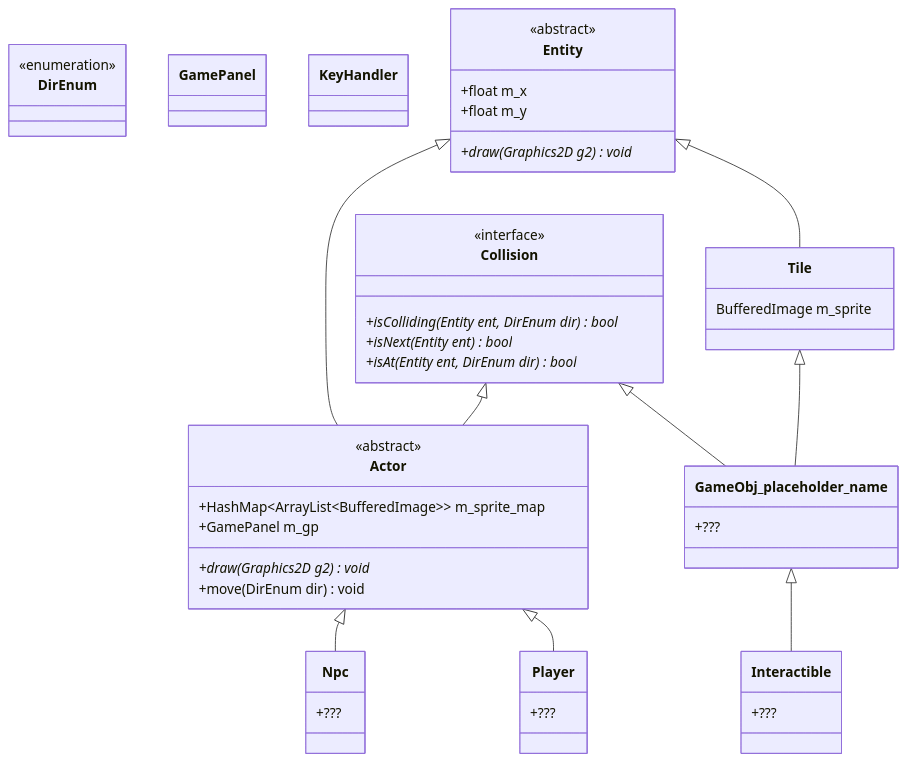
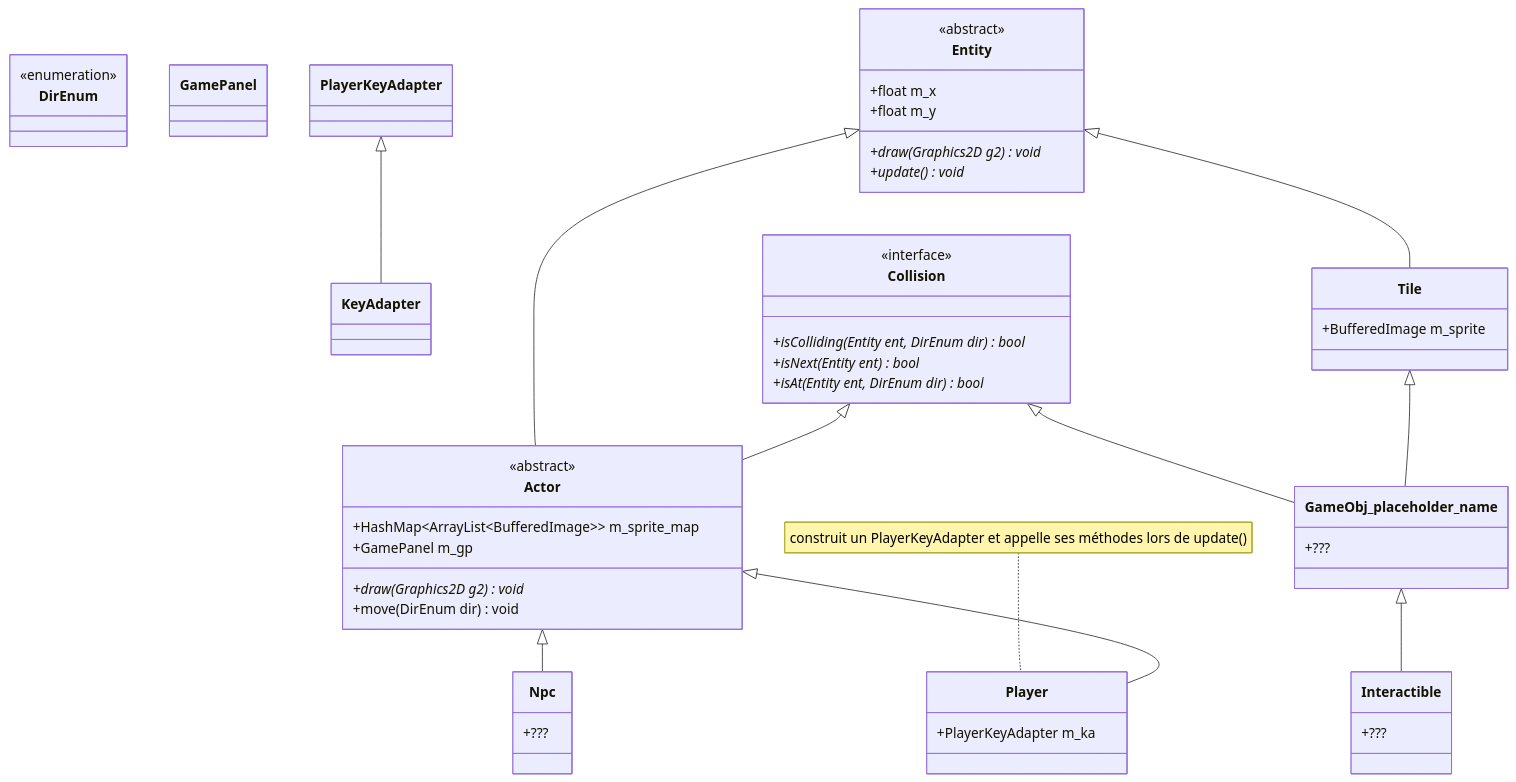
Before and after one commit to verdiur/woolshop: the diagram in README.md, drawn with Mermaid. The commit also changed other lines of this file and 9 other files, not shown here.

````diff
--- a/README.md
+++ b/README.md
@@ -5,69 +5,78 @@
 ```mermaid
 classDiagram
     
     class DirEnum {    
     }
     <<enumeration>> DirEnum
 
     class GamePanel {
     }
-    
-    class KeyHandler {
+
+    class KeyAdapter
+
+    class PlayerKeyAdapter {
+        
     }
 
     class Entity {
         +float m_x
         +float m_y
         +draw(Graphics2D g2)* void
+        +update()* void
     }
     <<abstract>> Entity
 
     class Collision {
         +isColliding(Entity ent, DirEnum dir)* bool
         +isNext(Entity ent)* bool
         +isAt(Entity ent, DirEnum dir)* bool
     }
     <<interface>> Collision
 
     class Actor {
         +HashMap~ArrayList~BufferedImage~~ m_sprite_map
         +GamePanel m_gp
         +draw(Graphics2D g2)* void
         +move(DirEnum dir) void
     }
     <<abstract>> Actor
 
     class Tile {
-        BufferedImage m_sprite
+        +BufferedImage m_sprite
     }
 
     class GameObj_placeholder_name {
         +???
     }
 
     class Interactible {
         +???
     }
 
     class Npc {
         +???
     }
 
     class Player {
-        +???
+        +PlayerKeyAdapter m_ka
     }
+    note for Player "construit un PlayerKeyAdapter et appelle ses méthodes lors de update()"
+
+    PlayerKeyAdapter <|-- KeyAdapter
 
     Entity <|-- Actor
     Collision <|-- Actor
 
     Entity <|-- Tile
 
     Collision <|-- GameObj_placeholder_name
     Tile <|-- GameObj_placeholder_name
 
     GameObj_placeholder_name <|-- Interactible
 
     Actor <|-- Npc
 
     Actor <|-- Player
+
+    
 ```
````
